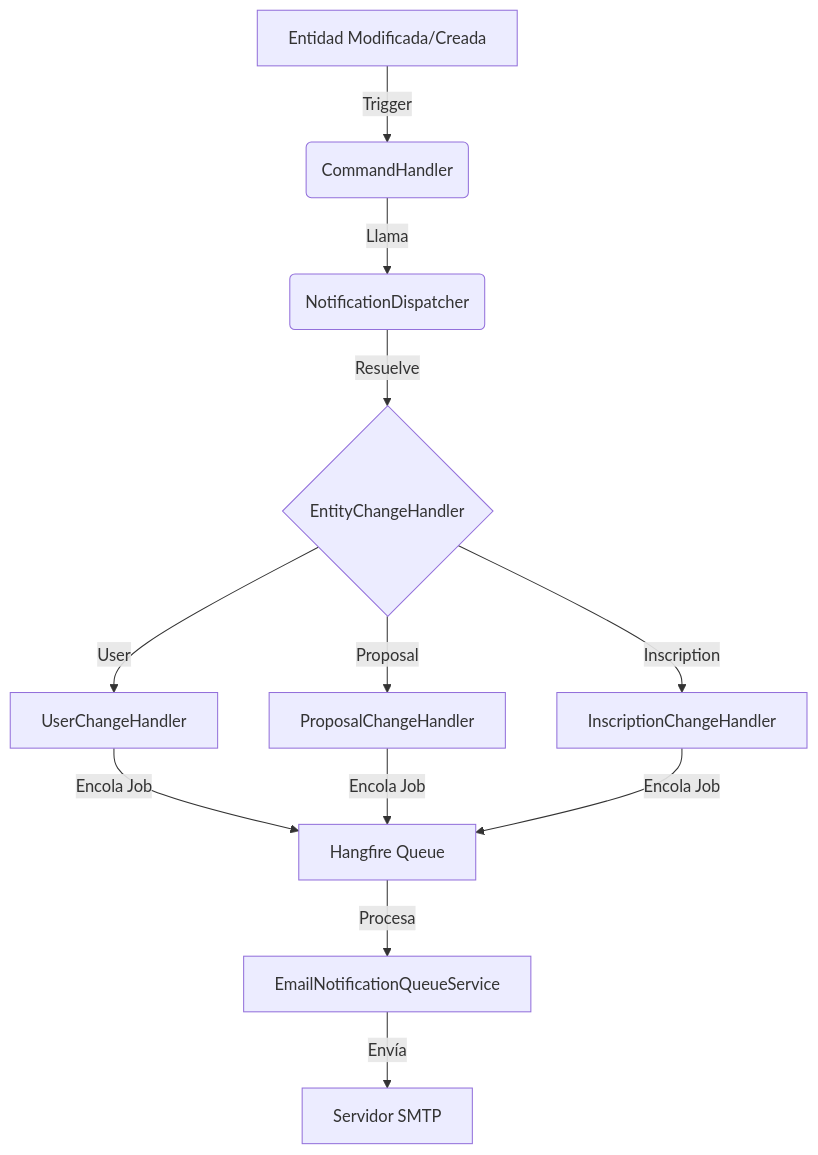
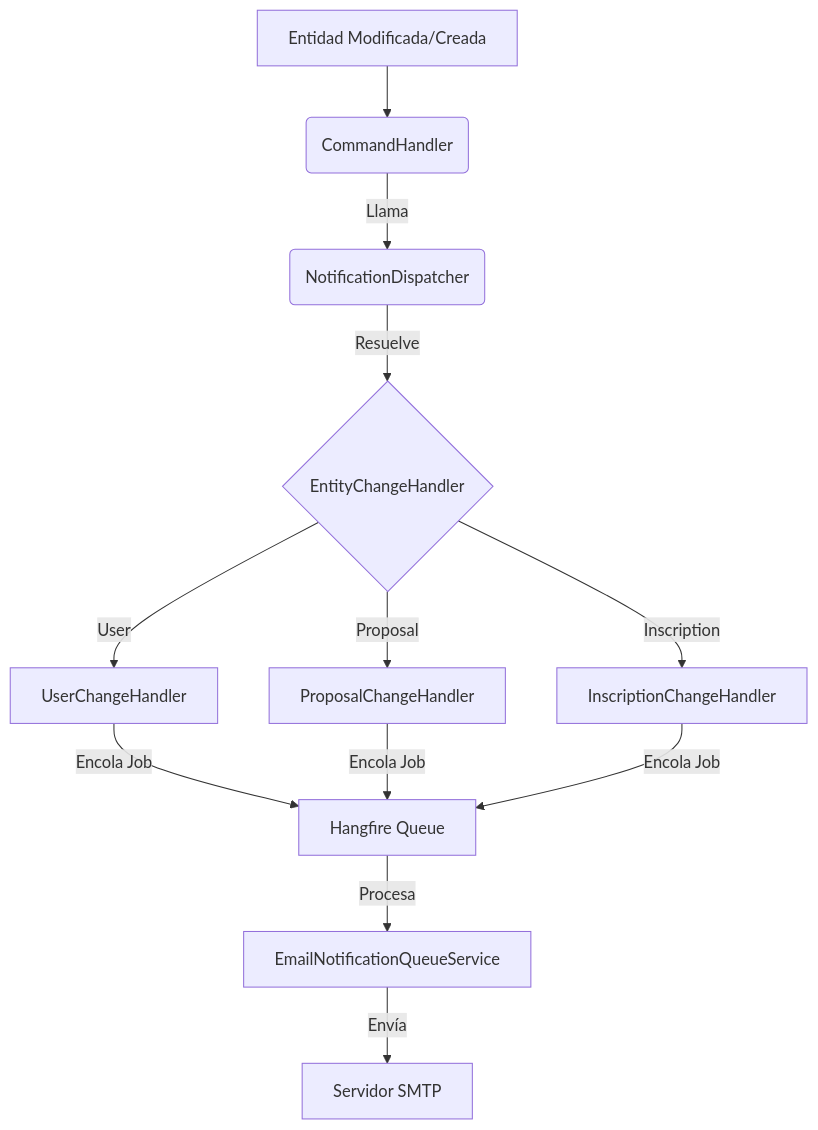
Before and after one commit to Jeison2001/PracticaCore: the diagram in Contexto/NOTIFICACIONES/SISTEMA_NOTIFICACIONES.md, drawn with Mermaid. The commit also changed other lines of this file and 24 other files, not shown here.

````diff
--- a/Contexto/NOTIFICACIONES/SISTEMA_NOTIFICACIONES.md
+++ b/Contexto/NOTIFICACIONES/SISTEMA_NOTIFICACIONES.md
@@ -8,12 +8,12 @@
 ```mermaid
 graph TD
-    A[Entidad Modificada/Creada] -->|Trigger| B(CommandHandler)
+    A[Entidad Modificada/Creada] --> B(CommandHandler)
     B -->|Llama| C(NotificationDispatcher)
     C -->|Resuelve| D{EntityChangeHandler}
     D -->|User| E[UserChangeHandler]
     D -->|Proposal| F[ProposalChangeHandler]
     D -->|Inscription| G[InscriptionChangeHandler]
     E & F & G -->|Encola Job| H[Hangfire Queue]
     H -->|Procesa| I[EmailNotificationQueueService]
     I -->|Envía| J[Servidor SMTP]
 ```
````
